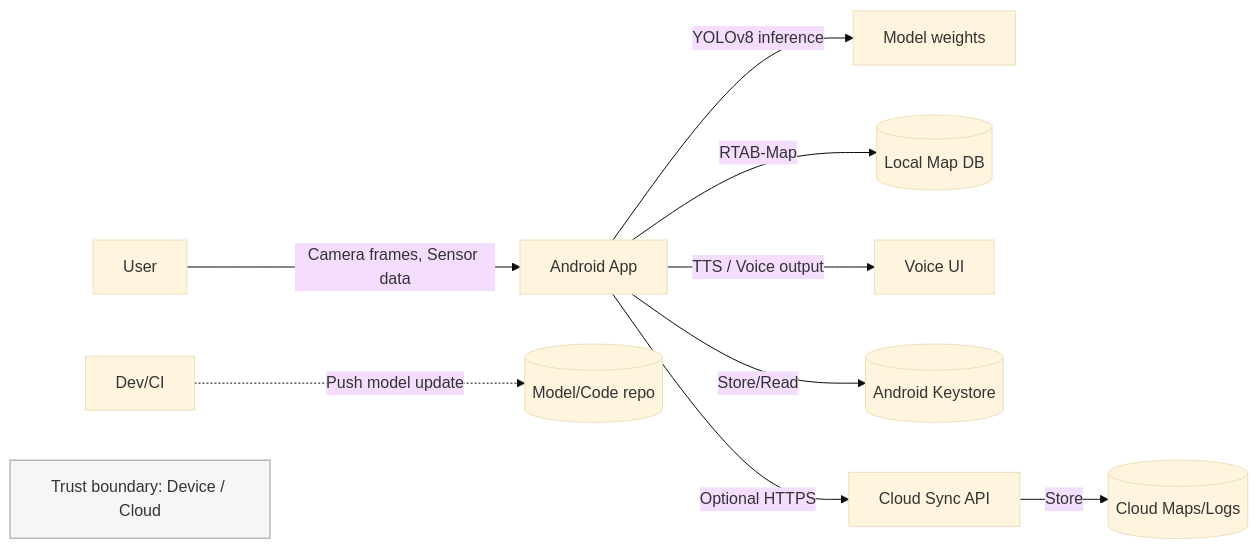
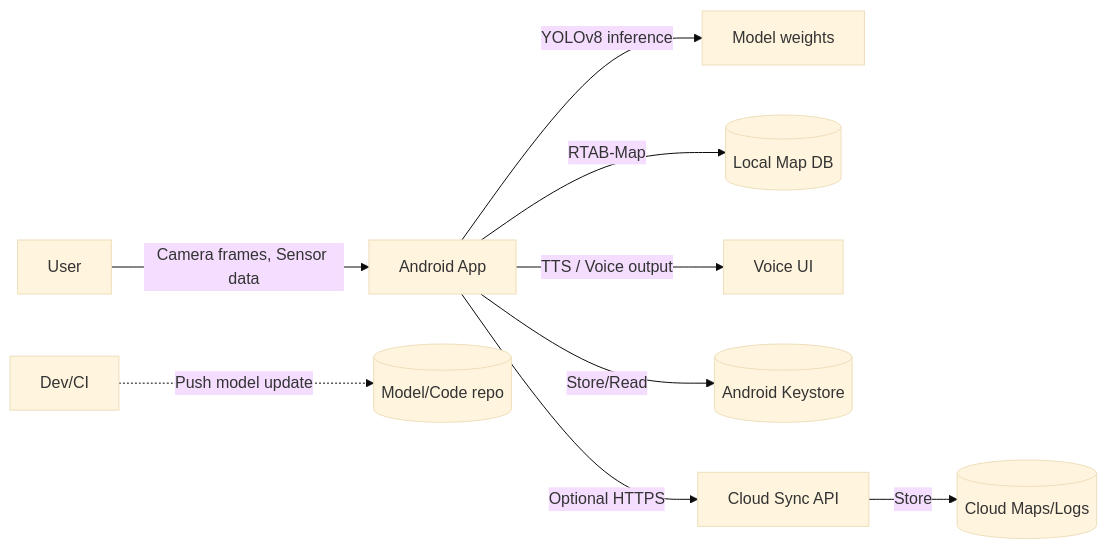
The diagram in GRADING/TM.md (Levandou/secure_development), drawn with Mermaid (base theme) before and after one commit.

````diff
--- a/GRADING/TM.md
+++ b/GRADING/TM.md
@@ -31,15 +31,14 @@
 ```mermaid
 %% TODO: замените каркас на свой (минимум 5 узлов/потоков)
 flowchart LR
   User -->|Camera frames, Sensor data| App[Android App]
   App -->|YOLOv8 inference 
 | Model[Model weights]
   App -->|RTAB-Map| MapDB[(Local Map DB)]
   App -->|TTS / Voice output| Speaker[Voice UI]
   App -->|Store/Read| Keystore[(Android Keystore)]
   App -->|Optional HTTPS | CloudAPI[Cloud Sync API]
   CloudAPI -->|Store| CloudDB[(Cloud Maps/Logs)]
   Dev[Dev/CI] -.->|Push model update| Repo[(Model/Code repo)]
-  Note[Trust boundary: Device / Cloud]:::boundary
   classDef boundary fill:#f6f6f6,stroke:#999,stroke-width:1px;
 ```
````
